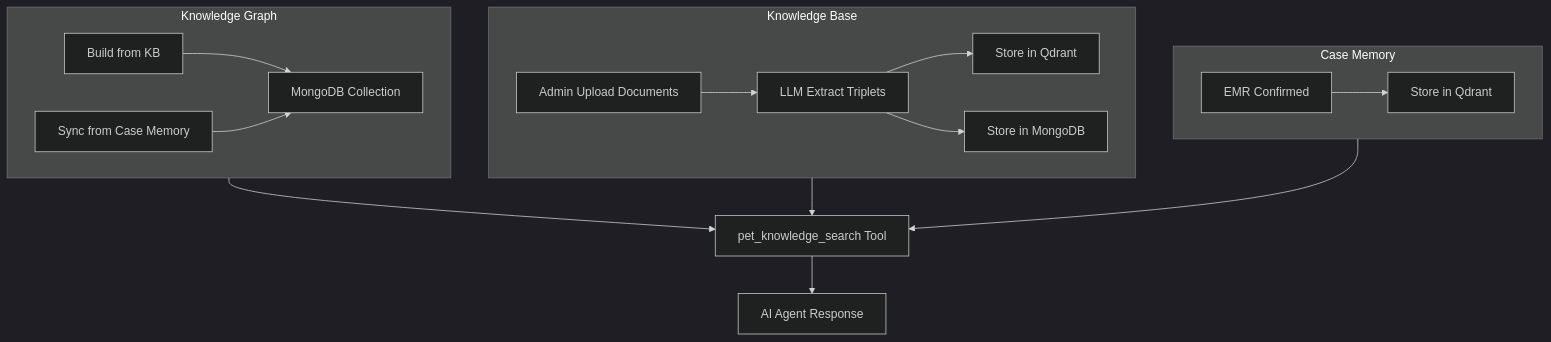
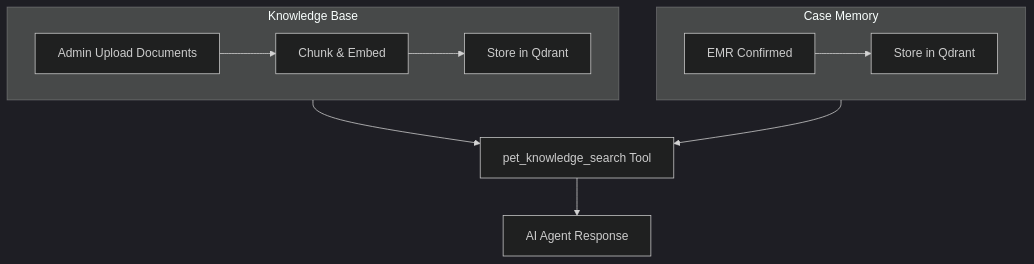
One commit to espresso23/Petties-Veterinary-Appointment-Booking-Platform changed the fourth of 4 diagrams in docs-references/ai_diagnose_service/RAG_ENGINE_SPECIFICATION.md. Above: the diagram before and after it, drawn with Mermaid (dark theme). The commit also changed other lines of this file and 115 other files, not shown here.

````diff
--- a/docs-references/ai_diagnose_service/RAG_ENGINE_SPECIFICATION.md
+++ b/docs-references/ai_diagnose_service/RAG_ENGINE_SPECIFICATION.md
@@ -409,31 +264,20 @@
 ```mermaid
 flowchart TB
     subgraph KB[Knowledge Base]
         A1[Admin Upload Documents]
-        A2[LLM Extract Triplets]
+        A2[Chunk & Embed]
         A3[Store in Qdrant]
-        A4[Store in MongoDB]
         A1 --> A2 --> A3
-        A2 --> A4
     end
     
     subgraph CM[Case Memory]
         B1[EMR Confirmed]
         B2[Store in Qdrant]
         B1 --> B2
     end
     
-    subgraph KG[Knowledge Graph]
-        C1[Build from KB]
-        C2[Sync from Case Memory]
-        C3[MongoDB Collection]
-        C1 --> C3
-        C2 --> C3
-    end
-    
-    KG --> Query[pet_knowledge_search Tool]
-    KB --> Query
+    KB --> Query[pet_knowledge_search Tool]
     CM --> Query
     
     Query --> LLM[AI Agent Response]
 ```
````
